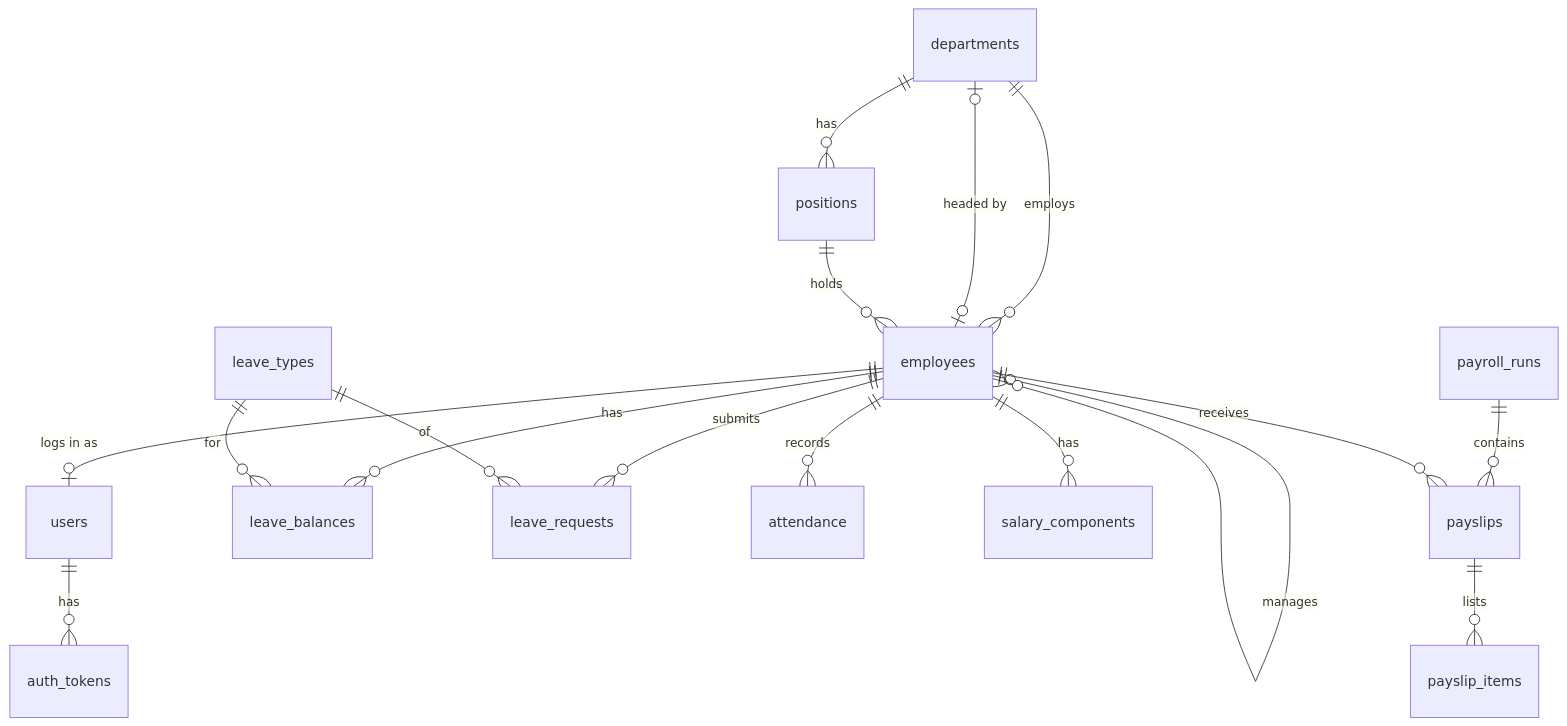
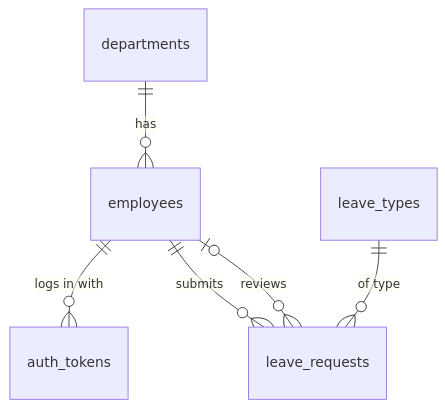
One commit to mohameA337/hr-management-system changed the diagram in docs/DATABASE.md. Above: the diagram before and after it, drawn with Mermaid. The commit also changed other lines of this file and 2 other files, not shown here.

````diff
--- a/docs/DATABASE.md
+++ b/docs/DATABASE.md
@@ -48,19 +31,8 @@
 ```mermaid
 erDiagram
-    departments ||--o{ positions : has
-    departments ||--o{ employees : employs
-    departments |o--o| employees : "headed by"
-    positions   ||--o{ employees : holds
-    employees   |o--o{ employees : manages
-    employees   ||--o| users : "logs in as"
-    users       ||--o{ auth_tokens : has
-    employees   ||--o{ leave_balances : has
-    leave_types ||--o{ leave_balances : for
-    employees   ||--o{ leave_requests : submits
-    leave_types ||--o{ leave_requests : of
-    employees   ||--o{ attendance : records
-    employees   ||--o{ salary_components : has
-    payroll_runs ||--o{ payslips : contains
-    employees   ||--o{ payslips : receives
-    payslips    ||--o{ payslip_items : lists
+    departments ||--o{ employees : "has"
+    employees   ||--o{ auth_tokens : "logs in with"
+    employees   ||--o{ leave_requests : "submits"
+    leave_types ||--o{ leave_requests : "of type"
+    employees   |o--o{ leave_requests : "reviews"
 ```
````
